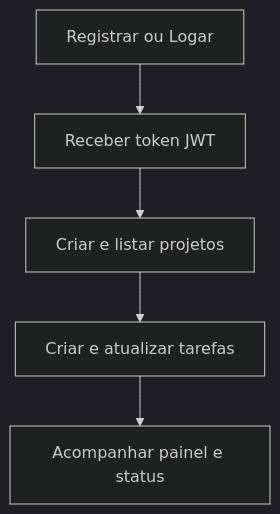
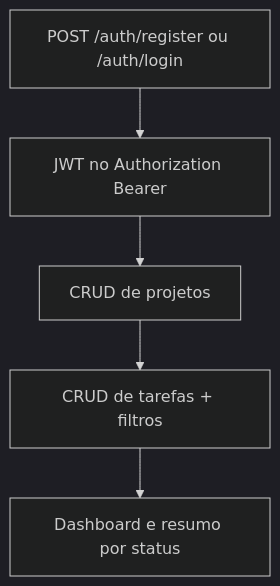
One commit to robertfabio/desafio-fullstack-lotus-2026.1 changed the second of 2 diagrams in README.md. Above: the diagram before and after it, drawn with Mermaid (dark theme). The commit also changed other lines of this file and 1 other file, not shown here.

Commit message:
feat: update README with project overview, architecture details, and setup instructions

````diff
--- a/README.md
+++ b/README.md
@@ -22,7 +48,7 @@
 ```mermaid
 flowchart TD
-	A[Registrar ou Logar] --> B[Receber token JWT]
-	B --> C[Criar e listar projetos]
-	C --> D[Criar e atualizar tarefas]
-	D --> E[Acompanhar painel e status]
+    A[POST /auth/register ou /auth/login] --> B[JWT no Authorization Bearer]
+    B --> C[CRUD de projetos]
+    C --> D[CRUD de tarefas + filtros]
+    D --> E[Dashboard e resumo por status]
 ```
````
